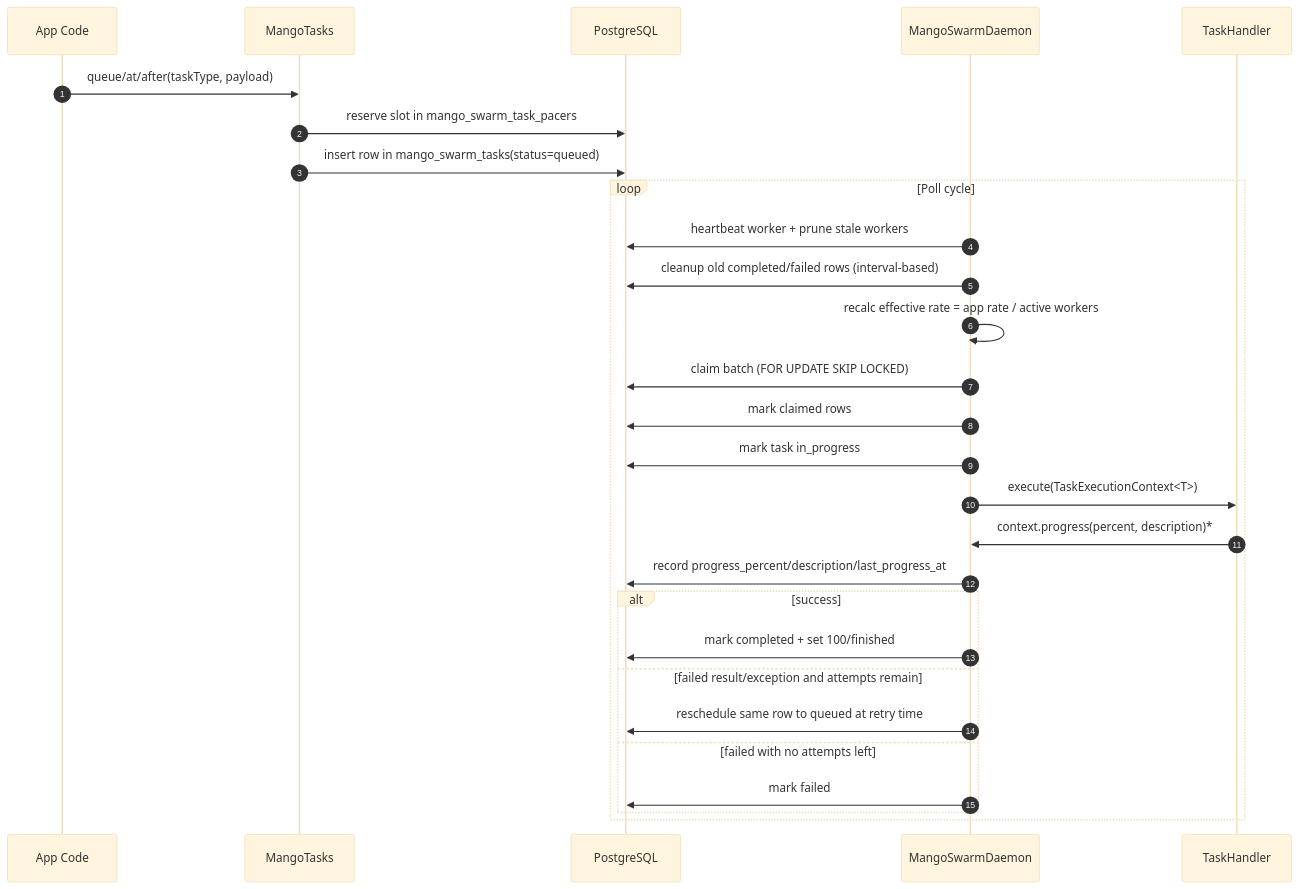
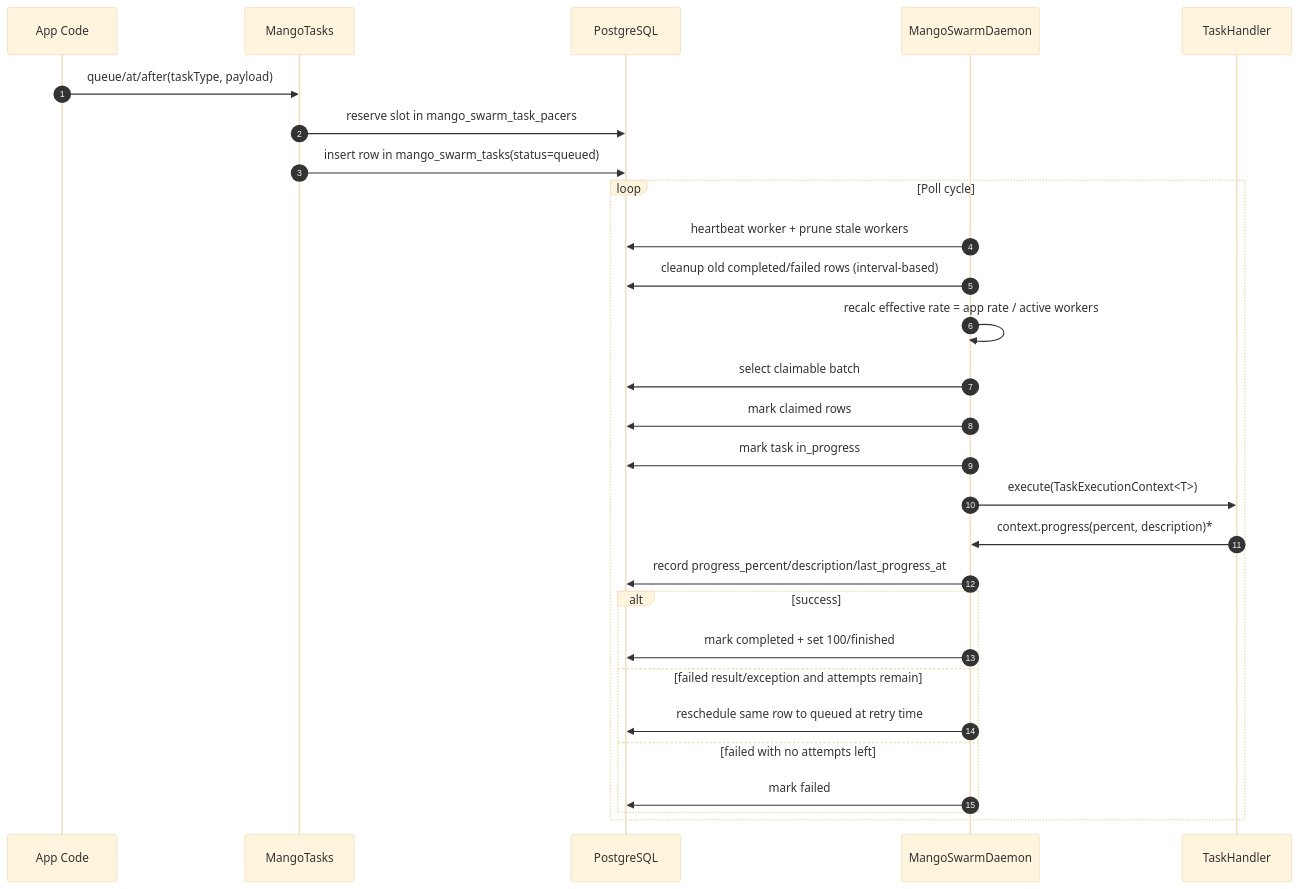
One commit to bitstep-ie/mango4j-swarm changed the first of 2 diagrams in documentation/how-mango-swarm-works.md. Above: the diagram before and after it, drawn with Mermaid (base theme). The commit also changed other lines of this file and 8 other files, not shown here.

````diff
--- a/documentation/how-mango-swarm-works.md
+++ b/documentation/how-mango-swarm-works.md
@@ -42,32 +42,32 @@
 ```mermaid
 sequenceDiagram
     autonumber
     participant App as App Code
     participant API as MangoTasks
     participant DB as PostgreSQL
     participant D as MangoSwarmDaemon
     participant H as TaskHandler
 
     App->>API: queue/at/after(taskType, payload)
     API->>DB: reserve slot in mango_swarm_task_pacers
     API->>DB: insert row in mango_swarm_tasks(status=queued)
 
     loop Poll cycle
         D->>DB: heartbeat worker + prune stale workers
         D->>DB: cleanup old completed/failed rows (interval-based)
         D->>D: recalc effective rate = app rate / active workers
-        D->>DB: claim batch (FOR UPDATE SKIP LOCKED)
+        D->>DB: select claimable batch
         D->>DB: mark claimed rows
         D->>DB: mark task in_progress
         D->>H: execute(TaskExecutionContext<T>)
         H->>D: context.progress(percent, description)*
         D->>DB: record progress_percent/description/last_progress_at
         alt success
             D->>DB: mark completed + set 100/finished
         else failed result/exception and attempts remain
             D->>DB: reschedule same row to queued at retry time
         else failed with no attempts left
             D->>DB: mark failed
         end
     end
 ```
````
